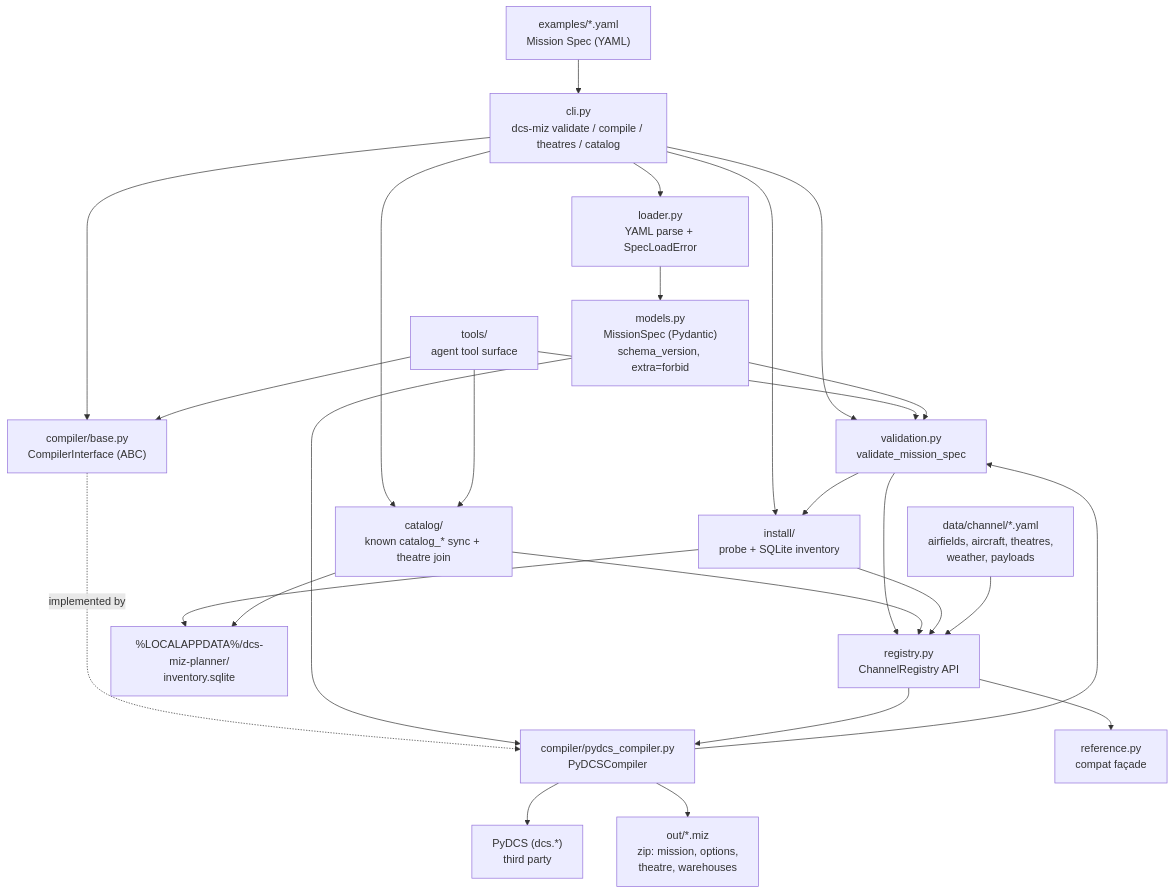
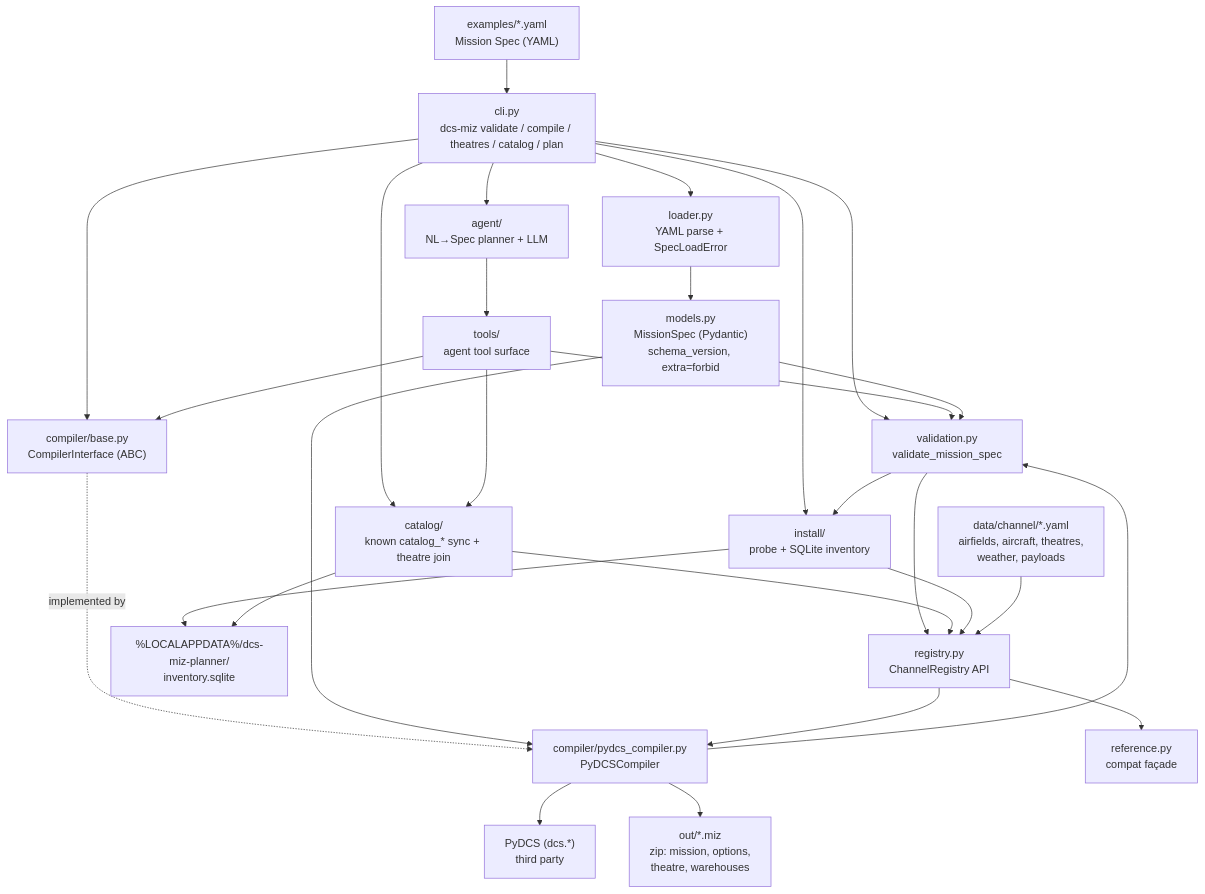
One commit to amalaguti/dcs-miz-planner-agentic changed the diagram in docs/ARCHITECTURE.md. Above: the diagram before and after it, drawn with Mermaid. The commit also changed other lines of this file and 17 other files, not shown here.

First line of the commit message:
Add NL-to-Spec agent with stub and OpenAI-compatible live planning.

````diff
--- a/docs/ARCHITECTURE.md
+++ b/docs/ARCHITECTURE.md
@@ -12,43 +12,46 @@
 ```mermaid
 flowchart TD
     yaml["examples/*.yaml<br/>Mission Spec (YAML)"]
-    cli["cli.py<br/>dcs-miz validate / compile / theatres / catalog"]
+    cli["cli.py<br/>dcs-miz validate / compile / theatres / catalog / plan"]
     loader["loader.py<br/>YAML parse + SpecLoadError"]
     models["models.py<br/>MissionSpec (Pydantic)<br/>schema_version, extra=forbid"]
     validation["validation.py<br/>validate_mission_spec"]
     base["compiler/base.py<br/>CompilerInterface (ABC)"]
     pydcs["compiler/pydcs_compiler.py<br/>PyDCSCompiler"]
     registry["registry.py<br/>ChannelRegistry API"]
     data["data/channel/*.yaml<br/>airfields, aircraft, theatres,<br/>weather, payloads"]
     catalog["catalog/<br/>known catalog_* sync + theatre join"]
     tools["tools/<br/>agent tool surface"]
+    agent["agent/<br/>NL→Spec planner + LLM"]
     install["install/<br/>probe + SQLite inventory"]
     invdb["%LOCALAPPDATA%/dcs-miz-planner/<br/>inventory.sqlite"]
     ref["reference.py<br/>compat façade"]
     lib["PyDCS (dcs.*)<br/>third party"]
     miz["out/*.miz<br/>zip: mission, options,<br/>theatre, warehouses"]
 
     yaml --> cli --> loader --> models
     cli --> validation
     cli --> base
     cli --> install
     cli --> catalog
+    cli --> agent
+    agent --> tools
     tools --> catalog
     tools --> validation
     tools --> base
     models --> validation
     validation --> registry
     validation --> install
     install --> invdb
     catalog --> invdb
     catalog --> registry
     install --> registry
     base -.implemented by.-> pydcs
     models --> pydcs
     pydcs --> validation
     data --> registry
     registry --> pydcs
     registry --> ref
     pydcs --> lib
     pydcs --> miz
 ```
````
